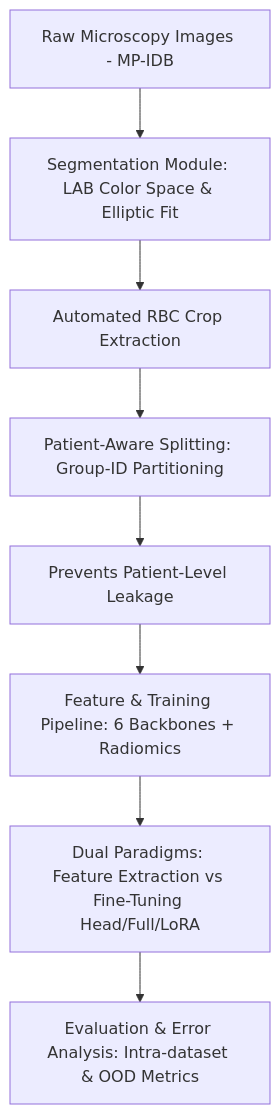
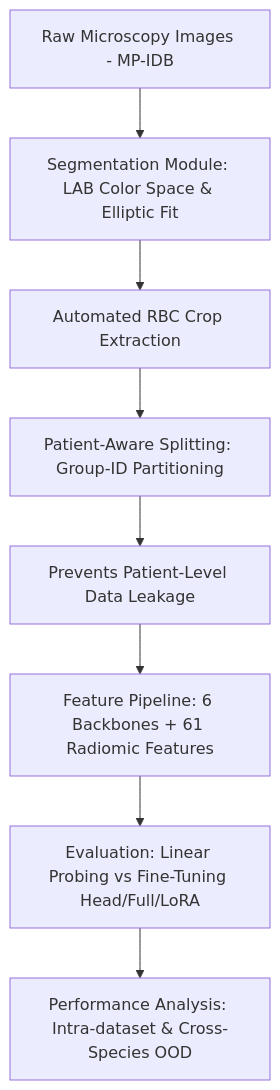
The diagram in README.md (leonardomelis20/malaria-detection-pipeline), drawn with Mermaid before and after one commit. The commit also changed other lines of this file, not shown here.

````diff
--- a/README.md
+++ b/README.md
@@ -42,10 +41,10 @@
 ```mermaid
 graph TD
     A[Raw Microscopy Images - MP-IDB] --> B[Segmentation Module: LAB Color Space & Elliptic Fit]
     B --> C[Automated RBC Crop Extraction]
     C --> D[Patient-Aware Splitting: Group-ID Partitioning]
-    D --> E[Prevents Patient-Level Leakage]
-    E --> F[Feature & Training Pipeline: 6 Backbones + Radiomics]
-    F --> G[Dual Paradigms: Feature Extraction vs Fine-Tuning Head/Full/LoRA]
-    G --> H[Evaluation & Error Analysis: Intra-dataset & OOD Metrics]
+    D --> E[Prevents Patient-Level Data Leakage]
+    E --> F[Feature Pipeline: 6 Backbones + 61 Radiomic Features]
+    F --> G[Evaluation: Linear Probing vs Fine-Tuning Head/Full/LoRA]
+    G --> H[Performance Analysis: Intra-dataset & Cross-Species OOD]
 ```
````
